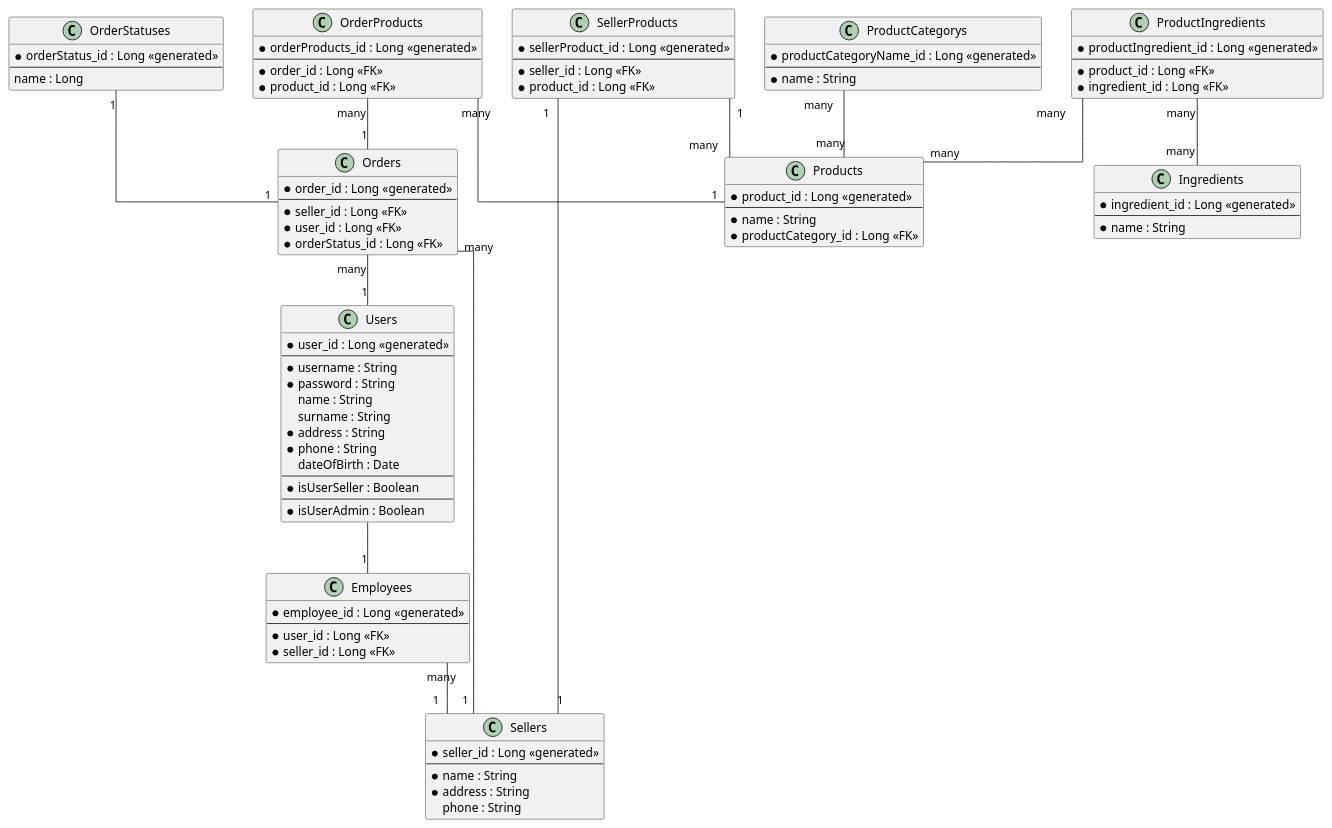
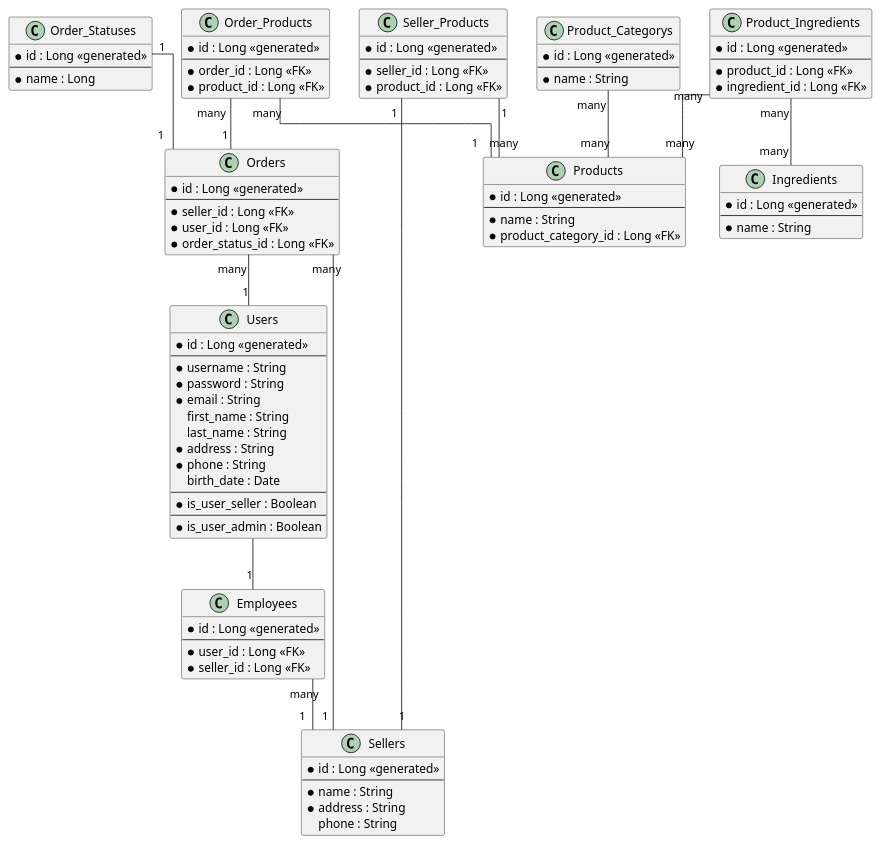
The diagram in diagram.puml (csistoc/foodMarket), drawn with PlantUML before and after one commit. The commit also changed 3 other files, not shown here.

Commit message:
Initial sql schema and partial initial model

```diff
--- a/diagram.puml
+++ b/diagram.puml
@@ -1,128 +1,129 @@
 @startuml
 
 ' Zero or One 	|o--
 ' Exactly One 	||--
 ' Zero or Many 	}o--
 ' One or Many 	}|--
 
 ' dot = mandatory field
 
 ' avoid problems with angled crows feet
 skinparam linetype ortho
 
 class "Users" {
-    *user_id : Long <<generated>>
+    *id : Long <<generated>>
     --
     *username : String
     *password : String
-    name : String
-    surname : String
+    *email : String
+    first_name : String
+    last_name : String
     *address : String
     *phone : String
-    dateOfBirth : Date
+    birth_date : Date
     --
-    *isUserSeller : Boolean
+    *is_user_seller : Boolean
     --
-    *isUserAdmin : Boolean
+    *is_user_admin : Boolean
 }
 
 class "Sellers" {
-    *seller_id : Long <<generated>>
+    *id : Long <<generated>>
     --
     *name : String
     *address : String
     phone : String
 }
 
 class "Employees" {
-    *employee_id : Long <<generated>>
+    *id : Long <<generated>>
     --
     *user_id : Long <<FK>>
     *seller_id : Long <<FK>>
 }
 
-class "ProductCategorys" {
-    *productCategoryName_id : Long <<generated>>
+class "Product_Categorys" {
+    *id : Long <<generated>>
     --
     *name : String
 }
 
 class "Ingredients" {
-    *ingredient_id : Long <<generated>>
+    *id : Long <<generated>>
     --
     *name : String
 }
 
 class "Products" {
-    *product_id : Long <<generated>>
+    *id : Long <<generated>>
     --
     *name : String
-    *productCategory_id : Long <<FK>>
+    *product_category_id : Long <<FK>>
 }
 
-class "ProductIngredients" {
-    *productIngredient_id : Long <<generated>>
+class "Product_Ingredients" {
+    *id : Long <<generated>>
     --
     *product_id : Long <<FK>>
     *ingredient_id : Long <<FK>>
 }
 
-class "SellerProducts" {
-    *sellerProduct_id : Long <<generated>>
+class "Seller_Products" {
+    *id : Long <<generated>>
     --
     *seller_id : Long <<FK>>
     *product_id : Long <<FK>>
 }
 
-class "OrderStatuses" {
-    *orderStatus_id : Long <<generated>>
+class "Order_Statuses" {
+    *id : Long <<generated>>
     --
-    name : Long
+    *name : Long
 }
 
 class "Orders" {
-    *order_id : Long <<generated>>
+    *id : Long <<generated>>
     --
     *seller_id : Long <<FK>>
     *user_id : Long <<FK>>
-    *orderStatus_id : Long <<FK>>
+    *order_status_id : Long <<FK>>
 }
 
-class "OrderProducts" {
-    *orderProducts_id : Long <<generated>>
+class "Order_Products" {
+    *id : Long <<generated>>
     --
     *order_id : Long <<FK>>
     *product_id : Long <<FK>>
 }
 
 Users  -- "1" Employees
 Employees "many" -- "1" Sellers
 
-SellerProducts "1" -- "1" Sellers
-SellerProducts "1" -- "many" Products
+Seller_Products "1" -- "1" Sellers
+Seller_Products "1" -- "many" Products
 
-ProductIngredients "many" -- "many" Ingredients
-ProductIngredients "many" -- "many" Products
+Product_Ingredients "many" -- "many" Ingredients
+Product_Ingredients "many" -- "many" Products
 
-ProductCategorys "many" -- "many" Products
+Product_Categorys "many" -- "many" Products
 
-OrderStatuses "1" -- "1" Orders
-OrderProducts "many" -- "1" Orders
+Order_Statuses "1" -- "1" Orders
+Order_Products "many" -- "1" Orders
 Orders "many" -- "1" Users
 Orders "many" -- "1" Sellers
 
-OrderProducts "many" -- "1" Products
+Order_Products "many" -- "1" Products
 
 'e01 }|..|| e02
 'e01 }|..|| e03
 
 'e02 }|..|| e05
 
 'e02 }|..|| e04
 'e03 }|..|| e04
 
 'e02 }|..|| e06
 'e03 }|..|| e06
 
 
 @enduml
```
